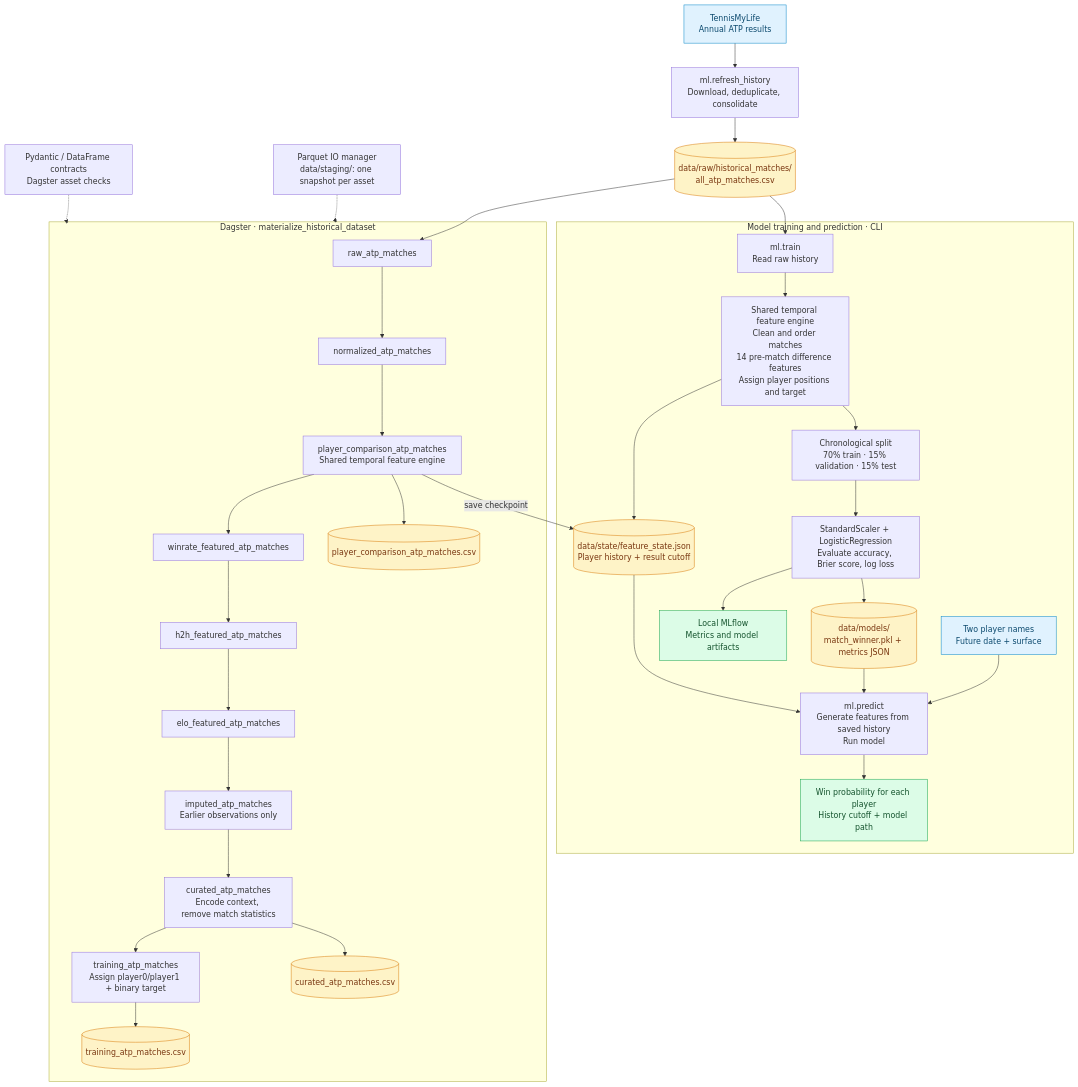
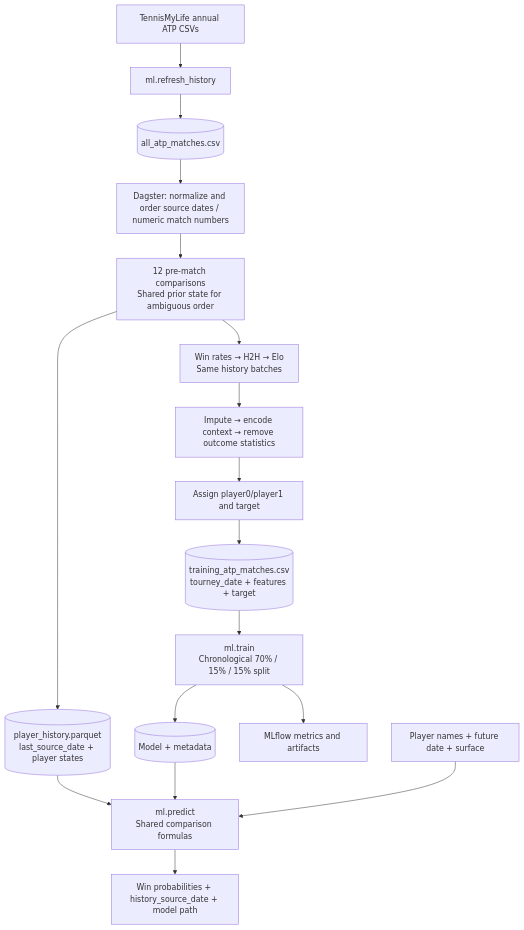
The diagram in docs/project-diagram.md (davialmeida135/tennis-match-prediction), drawn with Mermaid before and after one commit. The commit also changed other lines of this file and 22 other files, not shown here.

First line of the commit message:
Align history features to source-date order

````diff
--- a/docs/project-diagram.md
+++ b/docs/project-diagram.md
@@ -6,45 +3,19 @@
 ```mermaid
 flowchart TB
-    source["TennisMyLife<br/>Annual ATP results"] --> refresh["ml.refresh_history<br/>Download, deduplicate, consolidate"]
-    refresh --> raw[("data/raw/historical_matches/<br/>all_atp_matches.csv")]
-
-    subgraph cli["Model training and prediction · CLI"]
-        train["ml.train<br/>Read raw history"] --> engine["Shared temporal feature engine<br/>Clean and order matches<br/>14 pre-match difference features<br/>Assign player positions and target"]
-        engine --> split["Chronological split<br/>70% train · 15% validation · 15% test"]
-        split --> fit["StandardScaler + LogisticRegression<br/>Evaluate accuracy, Brier score, log loss"]
-        fit --> model[("data/models/<br/>match_winner.pkl + metrics JSON")]
-        fit --> tracking["Local MLflow<br/>Metrics and model artifacts"]
-        engine --> state[("data/state/feature_state.json<br/>Player history + result cutoff")]
-        request["Two player names<br/>Future date + surface"] --> predict["ml.predict<br/>Generate features from saved history<br/>Run model"]
-        model --> predict
-        state --> predict
-        predict --> output["Win probability for each player<br/>History cutoff + model path"]
-    end
-
-    subgraph dagster["Dagster · materialize_historical_dataset"]
-        d0["raw_atp_matches"] --> d1["normalized_atp_matches"]
-        d1 --> d2["player_comparison_atp_matches<br/>Shared temporal feature engine"]
-        d2 --> d3["winrate_featured_atp_matches"]
-        d3 --> d4["h2h_featured_atp_matches"]
-        d4 --> d5["elo_featured_atp_matches"]
-        d5 --> d6["imputed_atp_matches<br/>Earlier observations only"]
-        d6 --> d7["curated_atp_matches<br/>Encode context, remove match statistics"]
-        d7 --> d8["training_atp_matches<br/>Assign player0/player1 + binary target"]
-        d2 --> comparison[("player_comparison_atp_matches.csv")]
-        d7 --> curated[("curated_atp_matches.csv")]
-        d8 --> training[("training_atp_matches.csv")]
-    end
-
-    raw --> train
-    raw --> d0
-    d2 -->|"save checkpoint"| state
-    storage["Parquet IO manager<br/>data/staging/: one snapshot per asset"] -.-> dagster
-    checks["Pydantic / DataFrame contracts<br/>Dagster asset checks"] -.-> dagster
-
-    classDef input fill:#e0f2fe,stroke:#0284c7,color:#0c4a6e;
-    classDef persisted fill:#fef3c7,stroke:#d97706,color:#78350f;
-    classDef result fill:#dcfce7,stroke:#16a34a,color:#14532d;
-    class source,request input;
-    class raw,model,state,comparison,curated,training persisted;
-    class output,tracking result;
+    source["TennisMyLife annual ATP CSVs"] --> refresh["ml.refresh_history"]
+    refresh --> raw[("all_atp_matches.csv")]
+    raw --> normalize["Dagster: normalize and order source dates / numeric match numbers"]
+    normalize --> comparisons["12 pre-match comparisons<br/>Shared prior state for ambiguous order"]
+    comparisons --> history[("player_history.parquet<br/>last_source_date + player states")]
+    comparisons --> extras["Win rates → H2H → Elo<br/>Same history batches"]
+    extras --> curate["Impute → encode context → remove outcome statistics"]
+    curate --> rows["Assign player0/player1 and target"]
+    rows --> training[("training_atp_matches.csv<br/>tourney_date + features + target")]
+    training --> train["ml.train<br/>Chronological 70% / 15% / 15% split"]
+    train --> model[("Model + metadata")]
+    train --> tracking["MLflow metrics and artifacts"]
+    history --> predict["ml.predict<br/>Shared comparison formulas"]
+    model --> predict
+    request["Player names + future date + surface"] --> predict
+    predict --> output["Win probabilities + history_source_date + model path"]
 ```
````
